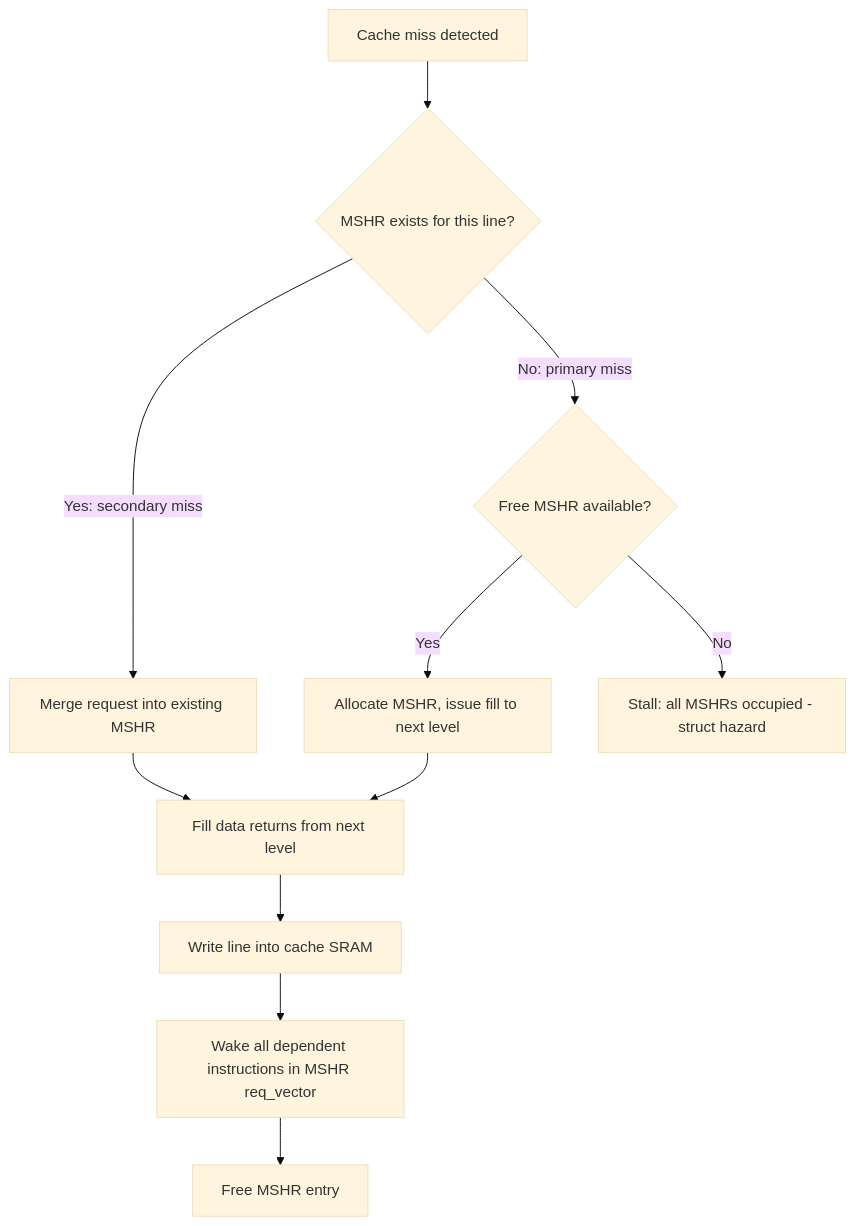
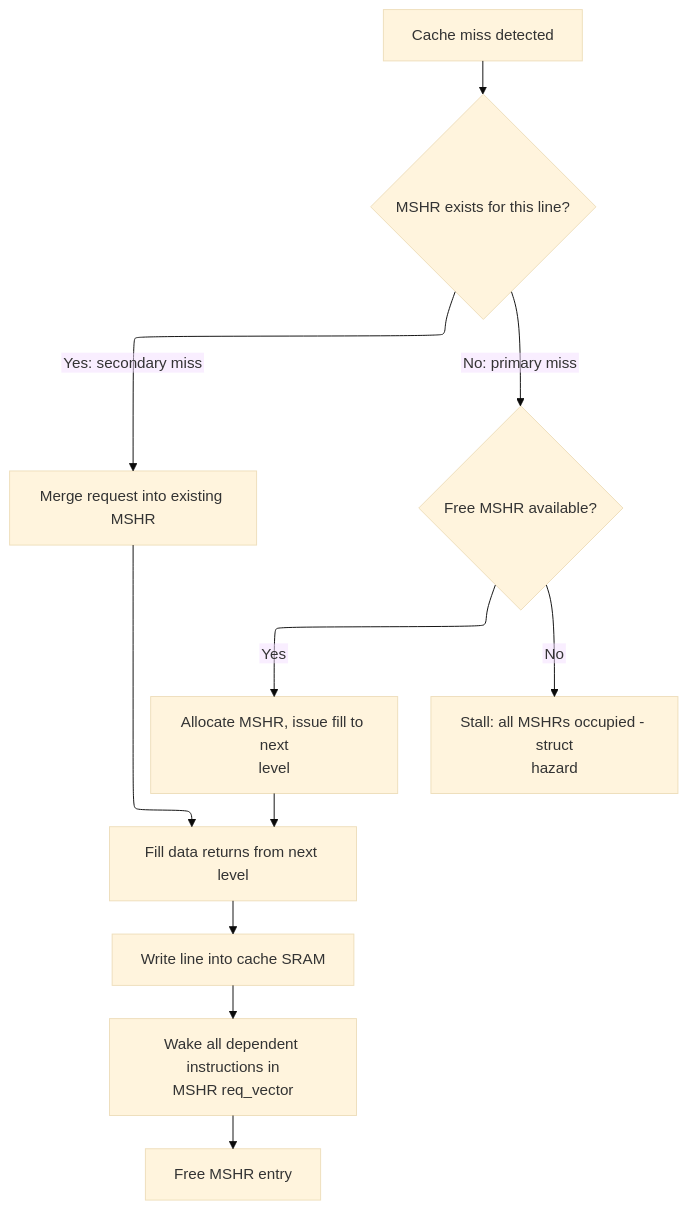
One commit to Wty2003328/ai_infra_intro changed the third of 3 diagrams in hardware_design/01_Architecture_and_PPA/Cache_Microarchitecture.md. Above: the diagram before and after it, drawn with Mermaid (base theme). The commit also changed other lines of this file and 108 other files, not shown here.

````diff
--- a/hardware_design/01_Architecture_and_PPA/Cache_Microarchitecture.md
+++ b/hardware_design/01_Architecture_and_PPA/Cache_Microarchitecture.md
@@ -233,13 +236,14 @@
 ```mermaid
+%%{init: {"flowchart": {"defaultRenderer": "elk", "nodeSpacing": 60, "rankSpacing": 60, "htmlLabels": false}}}%%
 flowchart TD
     A[Cache miss detected] --> B{MSHR exists for this line?}
     B -->|Yes: secondary miss| C[Merge request into existing MSHR]
     B -->|No: primary miss| D{Free MSHR available?}
-    D -->|Yes| E[Allocate MSHR, issue fill to next level]
-    D -->|No| F[Stall: all MSHRs occupied - struct hazard]
+    D -->|Yes| E[Allocate MSHR, issue fill to next<br/>level]
+    D -->|No| F[Stall: all MSHRs occupied - struct<br/>hazard]
     E --> G[Fill data returns from next level]
     C --> G
     G --> H[Write line into cache SRAM]
-    H --> I[Wake all dependent instructions in MSHR req_vector]
+    H --> I[Wake all dependent instructions in<br/>MSHR req_vector]
     I --> J[Free MSHR entry]
 ```
````
